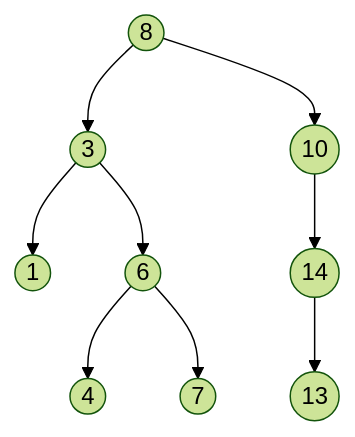
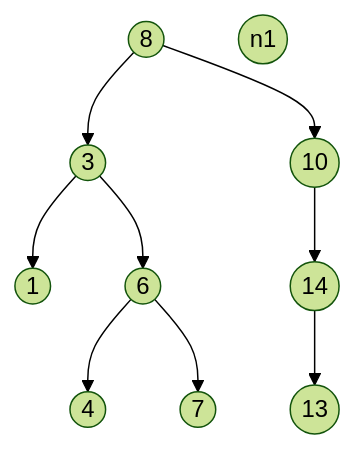
One commit to Daniel-Wei/Algo_DS_Notes changed the second of 2 diagrams in 数据结构/Tree/AVL/BST/Readme.md. Above: the diagram before and after it, drawn with Mermaid (forest theme). The commit also changed other lines of this file, not shown here.

````diff
--- a/数据结构/Tree/AVL/BST/Readme.md
+++ b/数据结构/Tree/AVL/BST/Readme.md
@@ -19,23 +25,24 @@
 ```mermaid 
 graph TB;
 
 1((1))
 3((3))
 4((4))
 6((6))
 7((7))
 8((8))
 10((10))
+n1((n1))
 13((13))
 14((14))
 
 8-->3
 8-->10
 3-->1
 3-->6
 10-->14
 6-->4
 6-->7
 14-->13
 
 ```
````
